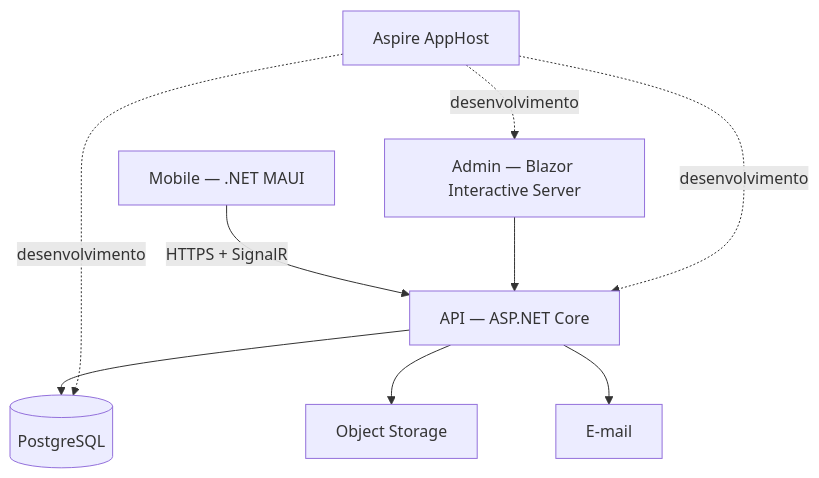
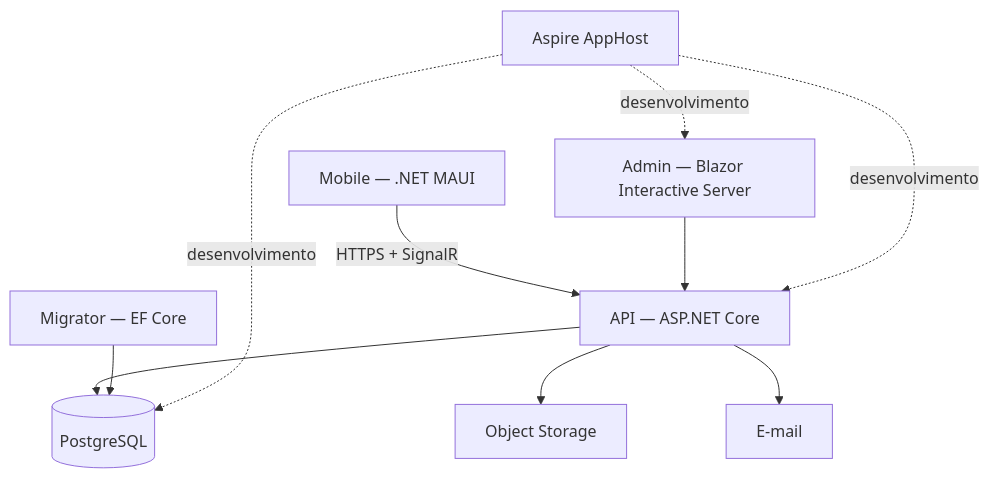
One commit to alexandreliima/PetMach changed the second of 10 diagrams in docs/diagrams.md. Above: the diagram before and after it, drawn with Mermaid. The commit also changed other lines of this file and 22 other files, not shown here.

Commit message:
docs: align technical documentation with current architecture

````diff
--- a/docs/diagrams.md
+++ b/docs/diagrams.md
@@ -19,11 +19,12 @@
 ```mermaid
 flowchart TB
     Mobile["Mobile — .NET MAUI"] -->|"HTTPS + SignalR"| Api["API — ASP.NET Core"]
     Admin["Admin — Blazor Interactive Server"] --> Api
     Api --> Db[("PostgreSQL")]
+    Migrator["Migrator — EF Core"] --> Db
     Api --> Files["Object Storage"]
     Api --> Mail["E-mail"]
     Aspire["Aspire AppHost"] -. desenvolvimento .-> Api
     Aspire -. desenvolvimento .-> Admin
     Aspire -. desenvolvimento .-> Db
 ```
````
